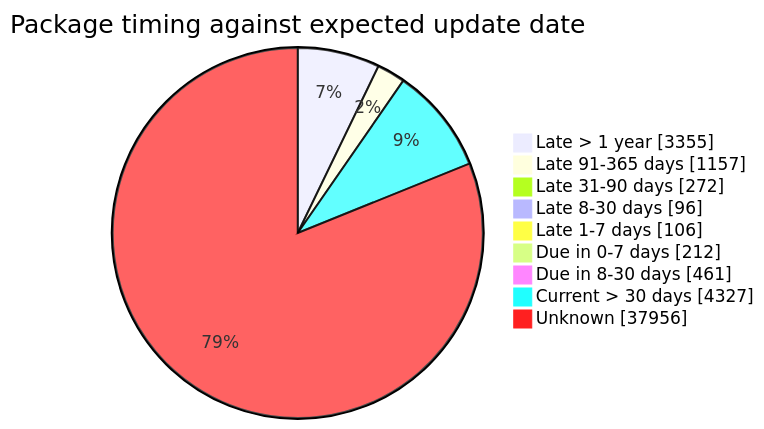
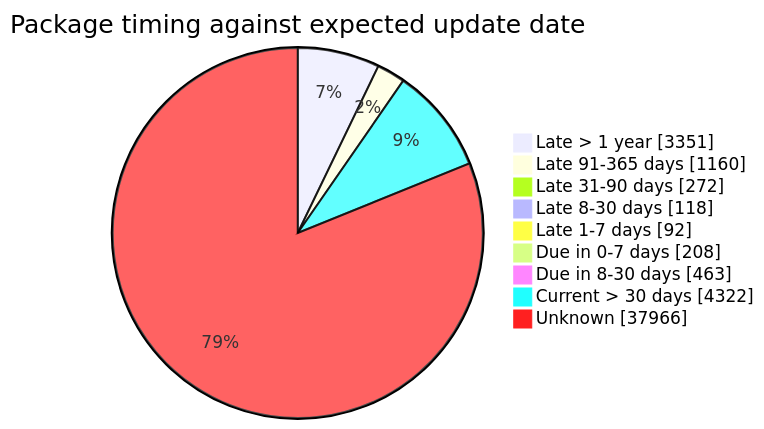
Before and after one commit to open-data/analytics-corporate-reporting: the fourth of 5 diagrams in FreshCheck/README.md, drawn with Mermaid. The commit also changed other lines of this file and 3 other files, not shown here.

````diff
--- a/FreshCheck/README.md
+++ b/FreshCheck/README.md
@@ -86,12 +86,12 @@
 ```mermaid
 pie showData title Package timing against expected update date
-    "Late > 1 year": 3355
-    "Late 91-365 days": 1157
+    "Late > 1 year": 3351
+    "Late 91-365 days": 1160
     "Late 31-90 days": 272
-    "Late 8-30 days": 96
-    "Late 1-7 days": 106
-    "Due in 0-7 days": 212
-    "Due in 8-30 days": 461
-    "Current > 30 days": 4327
-    "Unknown": 37956
+    "Late 8-30 days": 118
+    "Late 1-7 days": 92
+    "Due in 0-7 days": 208
+    "Due in 8-30 days": 463
+    "Current > 30 days": 4322
+    "Unknown": 37966
 ```
````
